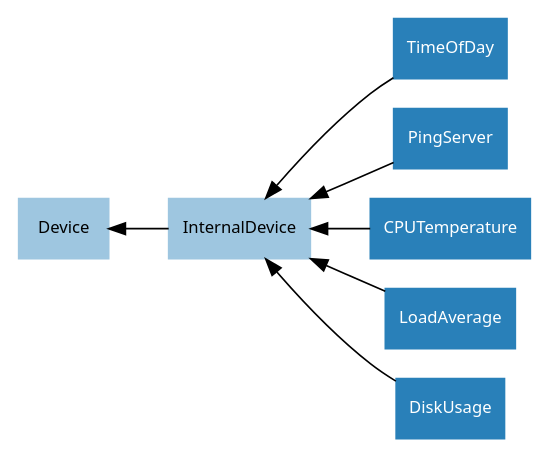
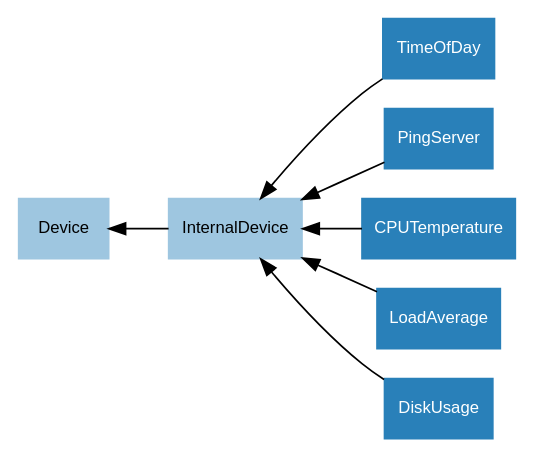
The diagram in docs/images/internal_device_hierarchy.dot (gpiozero/gpiozero), drawn with Graphviz before and after one commit. The commit also changed 27 other files, not shown here.

First line of the commit message:
Use Arial instead of Sans

```diff
--- a/docs/images/internal_device_hierarchy.dot
+++ b/docs/images/internal_device_hierarchy.dot
@@ -1,22 +1,22 @@
 /* vim: set et sw=4 sts=4: */
 
 digraph classes {
     graph [rankdir=RL];
-    node [shape=rect, style=filled, fontname=Sans, fontsize=10];
+    node [shape=rect, style=filled, fontname=Arial, fontsize=10];
     edge [];
 
     /* Abstract classes */
     node [color="#9ec6e0", fontcolor="#000000"]
     Device;
     InternalDevice;
 
     /* Concrete classes */
     node [color="#2980b9", fontcolor="#ffffff"];
 
     InternalDevice->Device;
     TimeOfDay->InternalDevice;
     PingServer->InternalDevice;
     CPUTemperature->InternalDevice;
     LoadAverage->InternalDevice;
     DiskUsage->InternalDevice;
 }
```
